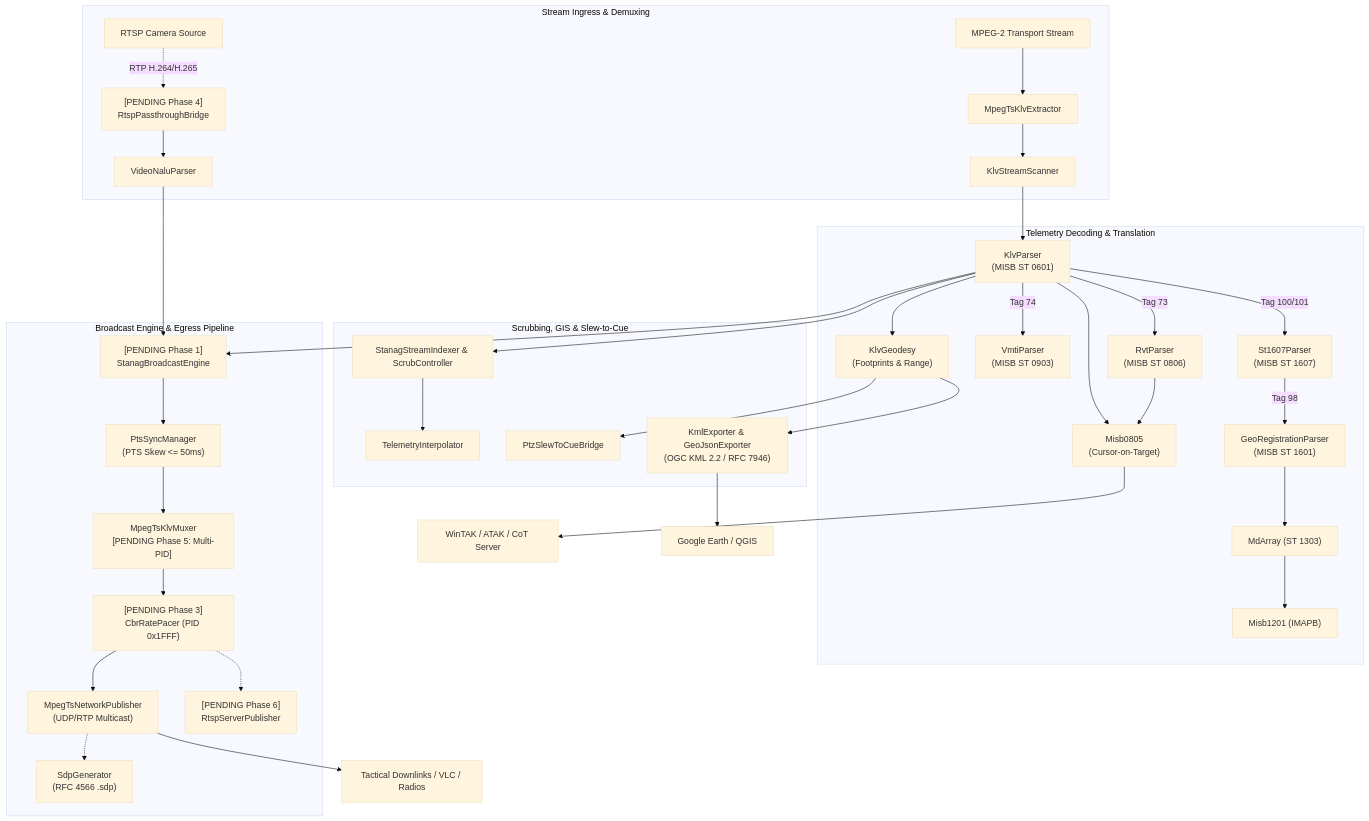
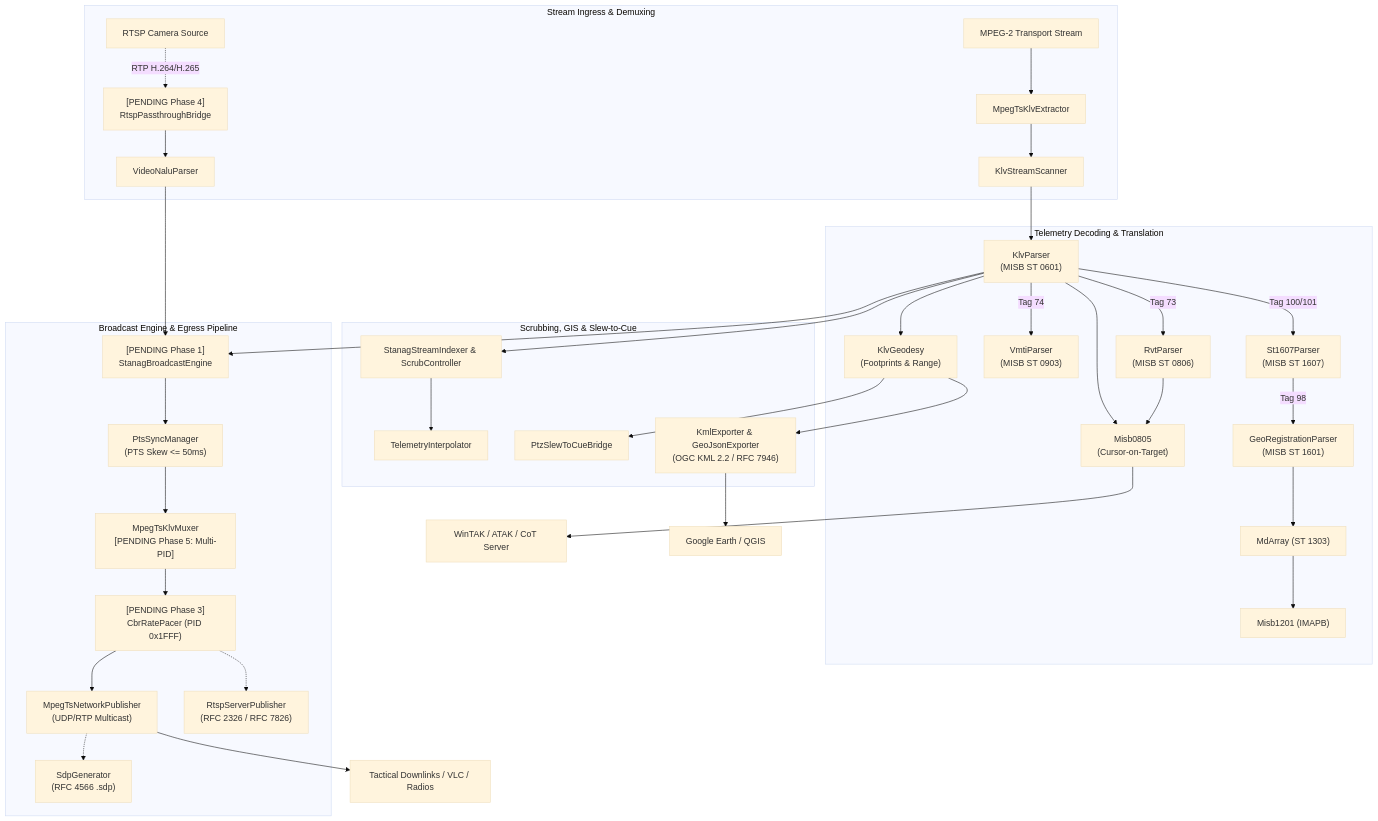
The diagram in docs/KLV_Features.md (svagionitis/PelcoD-Controller), drawn with Mermaid (base theme) before and after one commit. The commit also changed other lines of this file and 11 other files, not shown here.

````diff
--- a/docs/KLV_Features.md
+++ b/docs/KLV_Features.md
@@ -108,45 +108,45 @@
 ```mermaid
 flowchart TD
     subgraph Ingest["Stream Ingress & Demuxing"]
         TS_IN["MPEG-2 Transport Stream"] --> Extractor["MpegTsKlvExtractor"]
         Extractor --> Scanner["KlvStreamScanner"]
         RTSP_IN["RTSP Camera Source"] -.->|RTP H.264/H.265| RTSP_BRG["[PENDING Phase 4]<br/>RtspPassthroughBridge"]
         RTSP_BRG --> NALU["VideoNaluParser"]
     end
 
     subgraph MetadataDecoding["Telemetry Decoding & Translation"]
         Scanner --> ST0601["KlvParser<br/>(MISB ST 0601)"]
         ST0601 -->|Tag 73| RVT["RvtParser<br/>(MISB ST 0806)"]
         ST0601 -->|Tag 74| VMTI["VmtiParser<br/>(MISB ST 0903)"]
         ST0601 -->|Tag 100/101| ST1607["St1607Parser<br/>(MISB ST 1607)"]
         ST1607 -->|Tag 98| GEOR["GeoRegistrationParser<br/>(MISB ST 1601)"]
         GEOR --> MDARRAY["MdArray (ST 1303)"]
         MDARRAY --> MISB1201["Misb1201 (IMAPB)"]
 
         ST0601 --> GEODESY["KlvGeodesy<br/>(Footprints & Range)"]
         ST0601 --> COT["Misb0805<br/>(Cursor-on-Target)"]
         RVT --> COT
     end
 
     subgraph ScrubbingAndGis["Scrubbing, GIS & Slew-to-Cue"]
         ST0601 --> INDEXER["StanagStreamIndexer & ScrubController"]
         INDEXER --> INTERP["TelemetryInterpolator"]
         GEODESY --> SLEW["PtzSlewToCueBridge"]
         GEODESY --> GIS["KmlExporter & GeoJsonExporter<br/>(OGC KML 2.2 / RFC 7946)"]
     end
 
     subgraph BroadcastOrchestration["Broadcast Engine & Egress Pipeline"]
         NALU --> ORCH["[PENDING Phase 1]<br/>StanagBroadcastEngine"]
         ST0601 --> ORCH
         ORCH --> SYNC["PtsSyncManager<br/>(PTS Skew <= 50ms)"]
         SYNC --> MUX["MpegTsKlvMuxer<br/>[PENDING Phase 5: Multi-PID]"]
         MUX --> PACER["[PENDING Phase 3]<br/>CbrRatePacer (PID 0x1FFF)"]
         PACER --> PUB["MpegTsNetworkPublisher<br/>(UDP/RTP Multicast)"]
-        PACER -.-> RTSP_SRV["[PENDING Phase 6]<br/>RtspServerPublisher"]
+        PACER -.-> RTSP_SRV["RtspServerPublisher<br/>(RFC 2326 / RFC 7826)"]
         PUB -.-> SDP["SdpGenerator<br/>(RFC 4566 .sdp)"]
     end
 
     COT --> TAK["WinTAK / ATAK / CoT Server"]
     GIS --> EARTH["Google Earth / QGIS"]
     PUB --> NET["Tactical Downlinks / VLC / Radios"]
 ```
````
